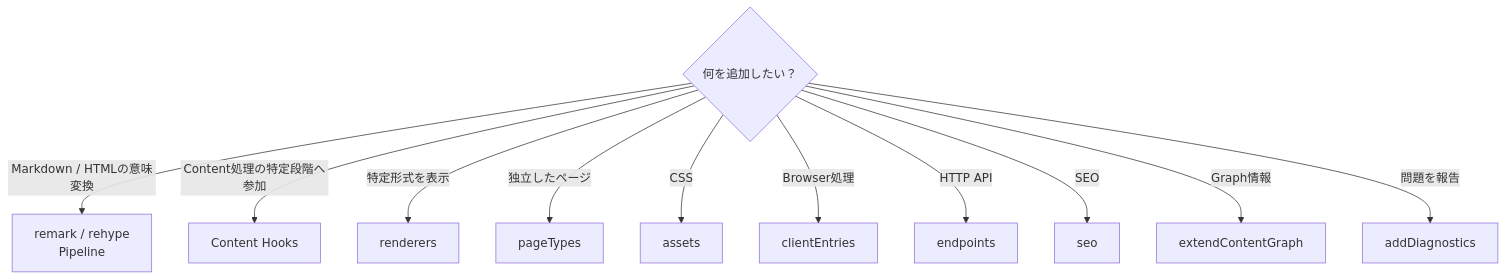
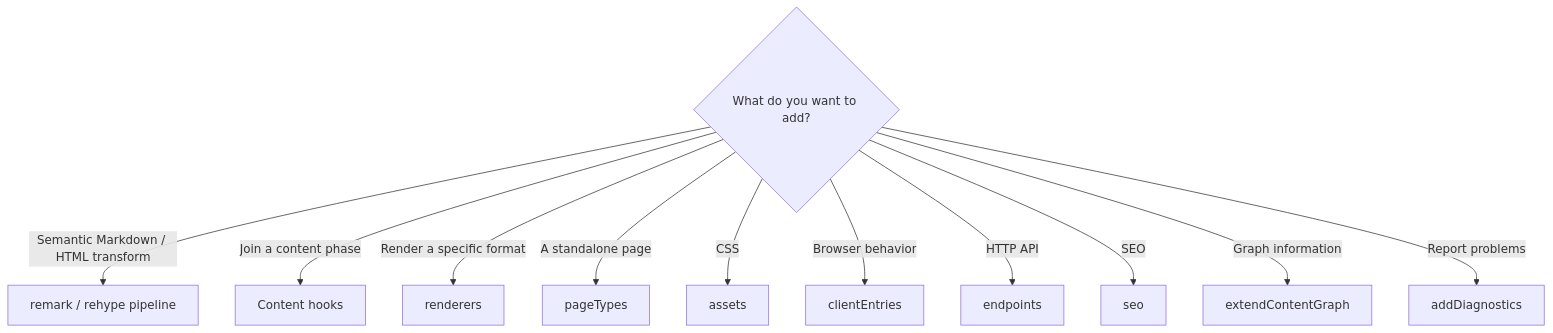
The first of 13 diagrams in docs/docs/reference/plugin-api.md (Rerurate514/riebeckite), drawn with Mermaid before and after one commit. The commit also changed other lines of this file and 604 other files, not shown here.

````diff
--- a/docs/docs/reference/plugin-api.md
+++ b/docs/docs/reference/plugin-api.md
@@ -26,15 +18,15 @@
 ```mermaid
 flowchart TD
-    Q{"何を追加したい？"}
+    Q{"What do you want to add?"}
 
-    Q -->|"Markdown / HTMLの意味変換"| Pipeline["remark / rehype<br/>Pipeline"]
-    Q -->|"Content処理の特定段階へ参加"| Hook["Content Hooks"]
-    Q -->|"特定形式を表示"| Renderer["renderers"]
-    Q -->|"独立したページ"| Page["pageTypes"]
+    Q -->|"Semantic Markdown / HTML transform"| Pipeline["remark / rehype pipeline"]
+    Q -->|"Join a content phase"| Hook["Content hooks"]
+    Q -->|"Render a specific format"| Renderer["renderers"]
+    Q -->|"A standalone page"| Page["pageTypes"]
     Q -->|"CSS"| Asset["assets"]
-    Q -->|"Browser処理"| Client["clientEntries"]
+    Q -->|"Browser behavior"| Client["clientEntries"]
     Q -->|"HTTP API"| Endpoint["endpoints"]
     Q -->|"SEO"| SEO["seo"]
-    Q -->|"Graph情報"| Graph["extendContentGraph"]
-    Q -->|"問題を報告"| Diagnostics["addDiagnostics"]
+    Q -->|"Graph information"| Graph["extendContentGraph"]
+    Q -->|"Report problems"| Diagnostics["addDiagnostics"]
 ```
````
